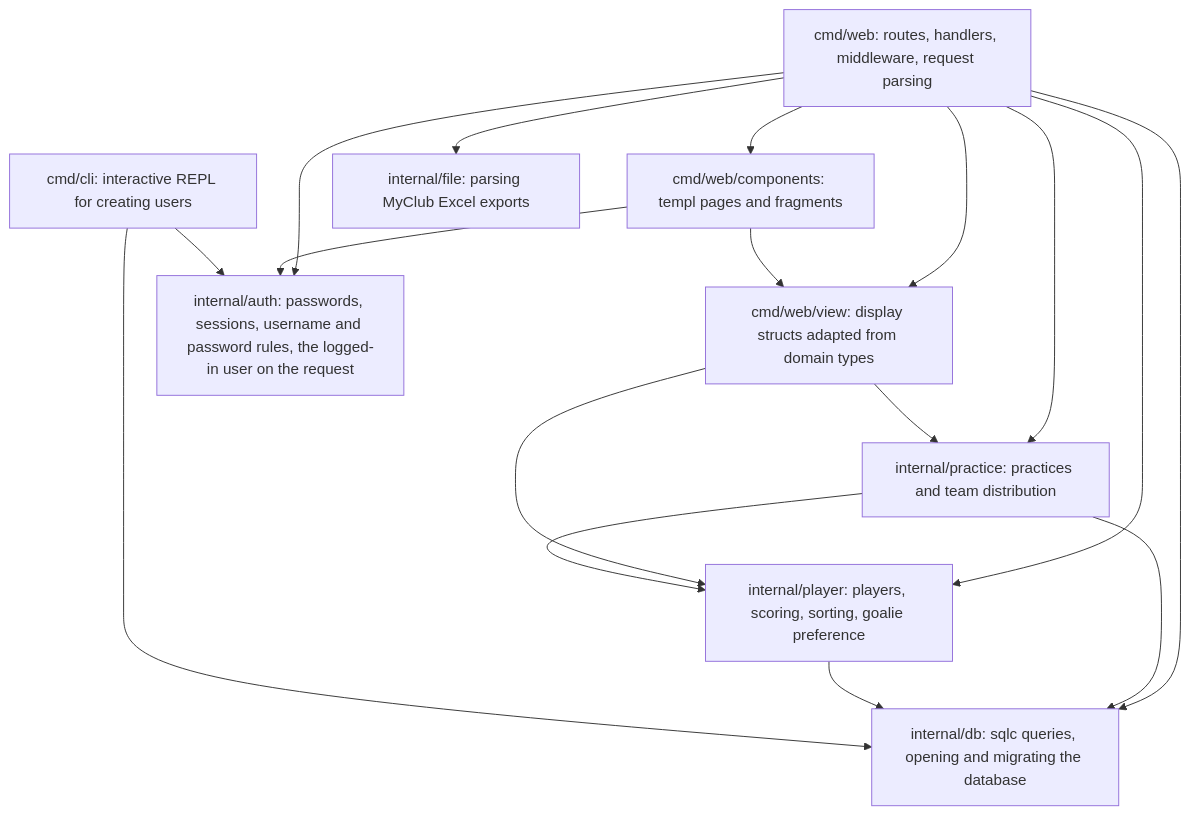
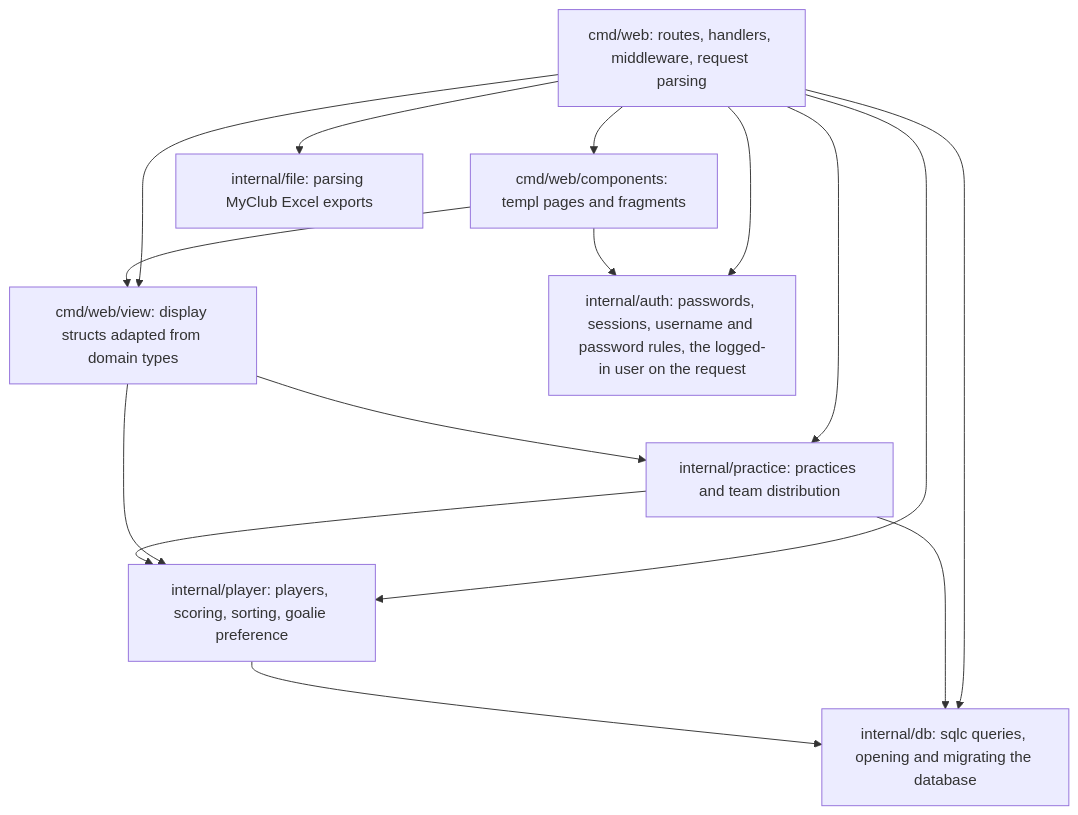
Before and after one commit to Zigelzi/go-tiimit: the diagram in ARCHITECTURE.md, drawn with Mermaid. The commit also changed other lines of this file and 19 other files, not shown here.

First line of the commit message:
chore(users): remove the CLI, create the first user from settings (milestone 03)

````diff
--- a/ARCHITECTURE.md
+++ b/ARCHITECTURE.md
@@ -9,28 +9,25 @@
 ```mermaid
 flowchart TD
     web["cmd/web: routes, handlers, middleware, request parsing"]
     components["cmd/web/components: templ pages and fragments"]
     view["cmd/web/view: display structs adapted from domain types"]
-    cli["cmd/cli: interactive REPL for creating users"]
     practice["internal/practice: practices and team distribution"]
     player["internal/player: players, scoring, sorting, goalie preference"]
     file["internal/file: parsing MyClub Excel exports"]
     auth["internal/auth: passwords, sessions, username and password rules, the logged-in user on the request"]
     db["internal/db: sqlc queries, opening and migrating the database"]
     web --> components
     web --> view
     web --> practice
     web --> player
     web --> file
     web --> auth
     web --> db
     components --> view
     components --> auth
     view --> practice
     view --> player
     practice --> player
     practice --> db
     player --> db
-    cli --> auth
-    cli --> db
 ```
````
